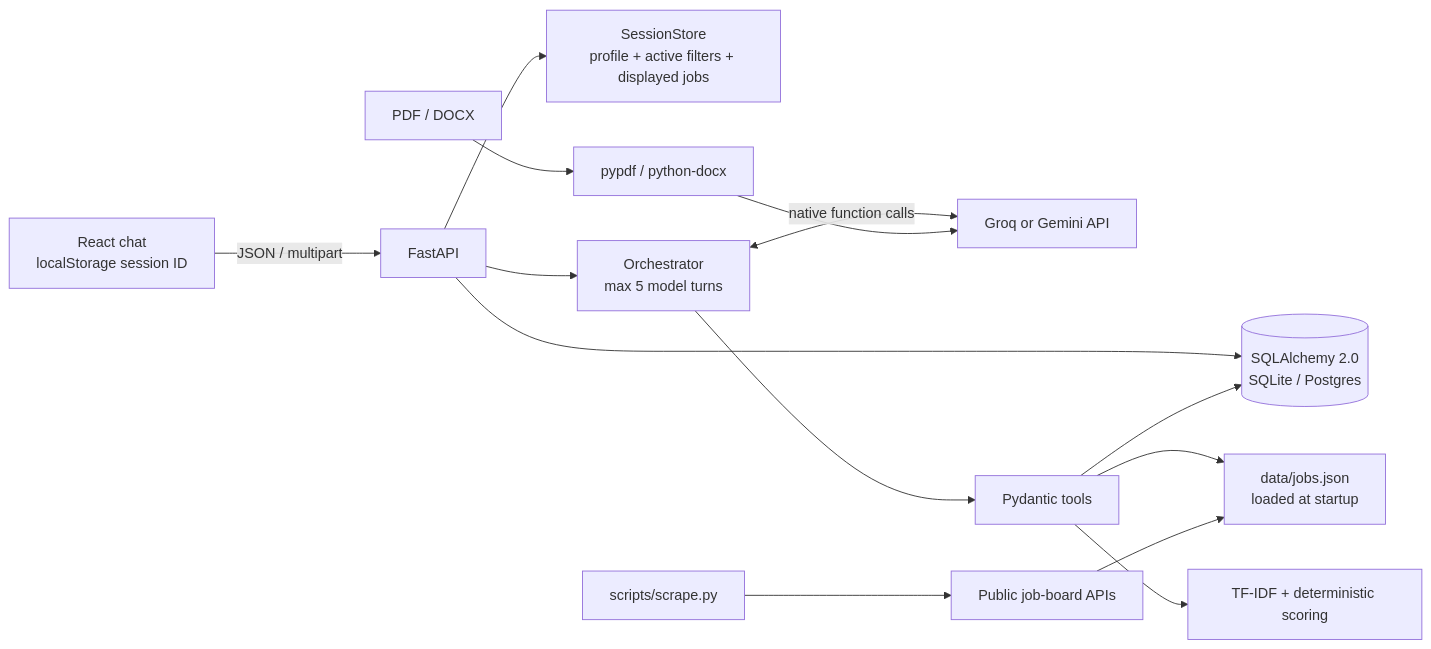
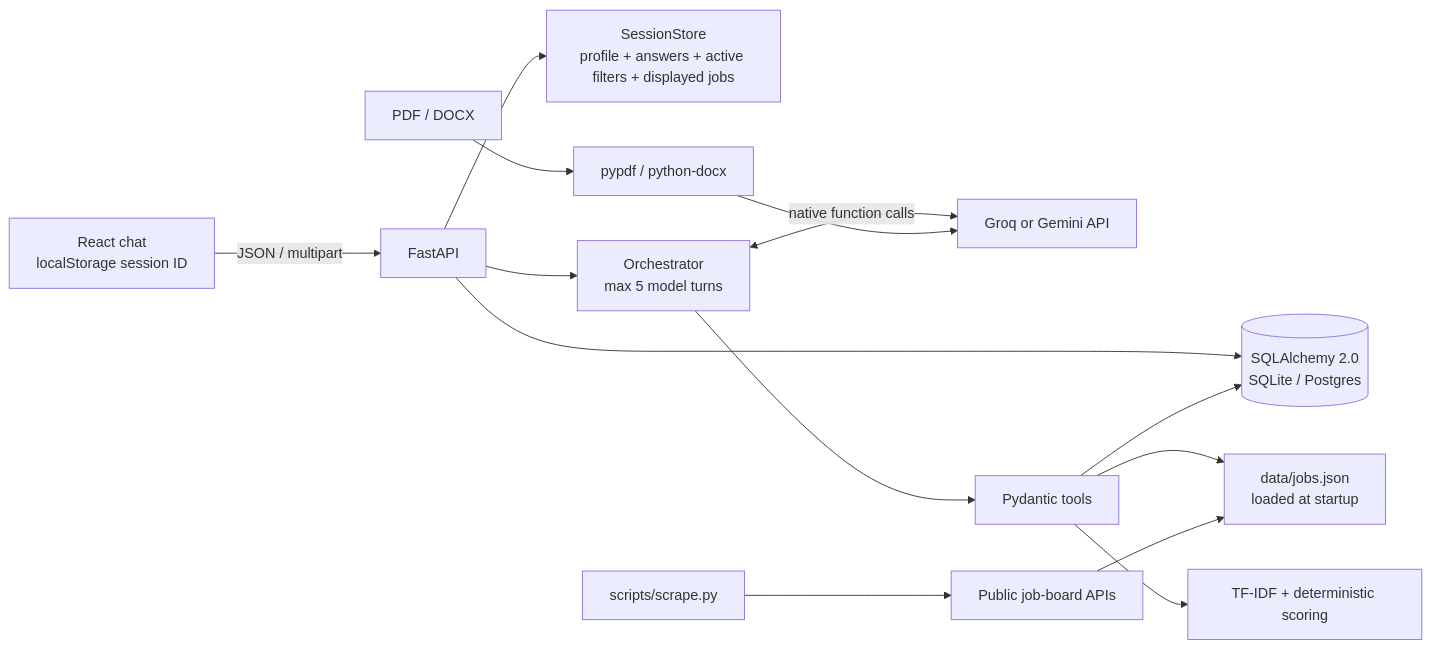
Before and after one commit to synan-mannan/The_ChatBot: the diagram in README.md, drawn with Mermaid. The commit also changed other lines of this file and 8 other files, not shown here.

````diff
--- a/README.md
+++ b/README.md
@@ -7,16 +7,16 @@
 ```mermaid
 flowchart LR
     Browser["React chat\nlocalStorage session ID"] -->|JSON / multipart| API["FastAPI"]
-    API --> Sessions["SessionStore\nprofile + active filters + displayed jobs"]
+    API --> Sessions["SessionStore\nprofile + answers + active filters + displayed jobs"]
     API --> DB[("SQLAlchemy 2.0\nSQLite / Postgres")]
     API --> Agent["Orchestrator\nmax 5 model turns"]
     Agent <-->|native function calls| LLM["Groq or Gemini API"]
     Agent --> Tools["Pydantic tools"]
     Tools --> Catalog["data/jobs.json\nloaded at startup"]
     Tools --> Matcher["TF-IDF + deterministic scoring"]
     Tools --> DB
     Upload["PDF / DOCX"] --> Parser["pypdf / python-docx"]
     Parser --> LLM
     Scraper["scripts/scrape.py"] --> Sources["Public job-board APIs"]
     Sources --> Catalog
 ```
````
